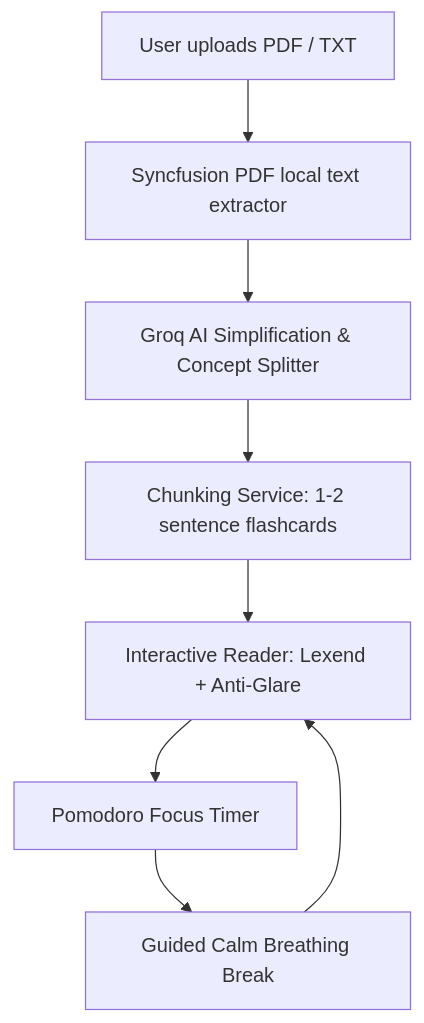
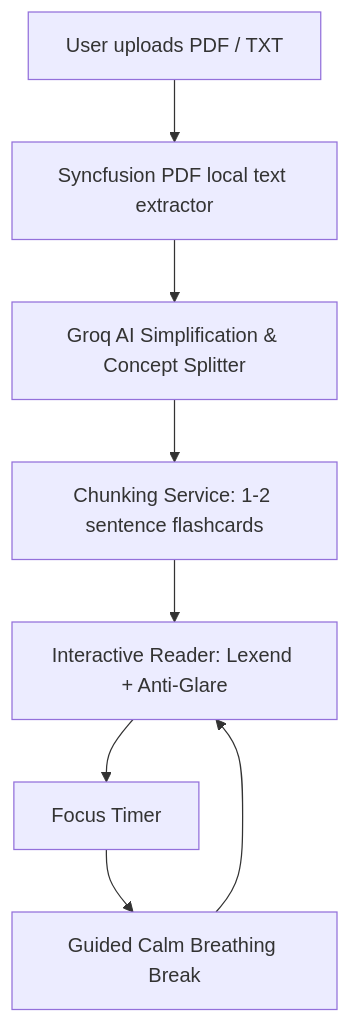
Before and after one commit to nabathnm/hologiw: the diagram in README.md, drawn with Mermaid. The commit also changed other lines of this file, not shown here.

````diff
--- a/README.md
+++ b/README.md
@@ -73,10 +68,10 @@
 ```mermaid
 graph TD
     A[User uploads PDF / TXT] --> B[Syncfusion PDF local text extractor]
     B --> C[Groq AI Simplification & Concept Splitter]
     C --> D[Chunking Service: 1-2 sentence flashcards]
     D --> E[Interactive Reader: Lexend + Anti-Glare]
-    E --> F[Pomodoro Focus Timer]
+    E --> F[Focus Timer]
     F --> G[Guided Calm Breathing Break]
     G --> E
 ```
````
